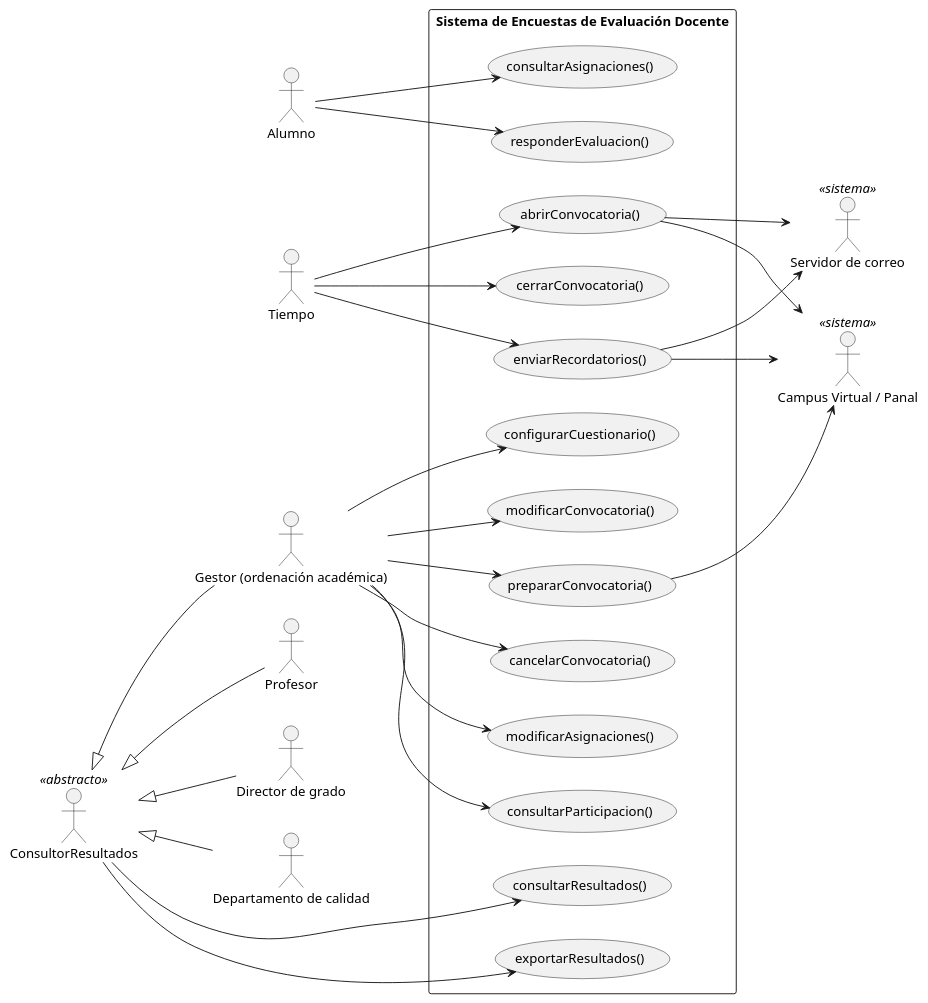
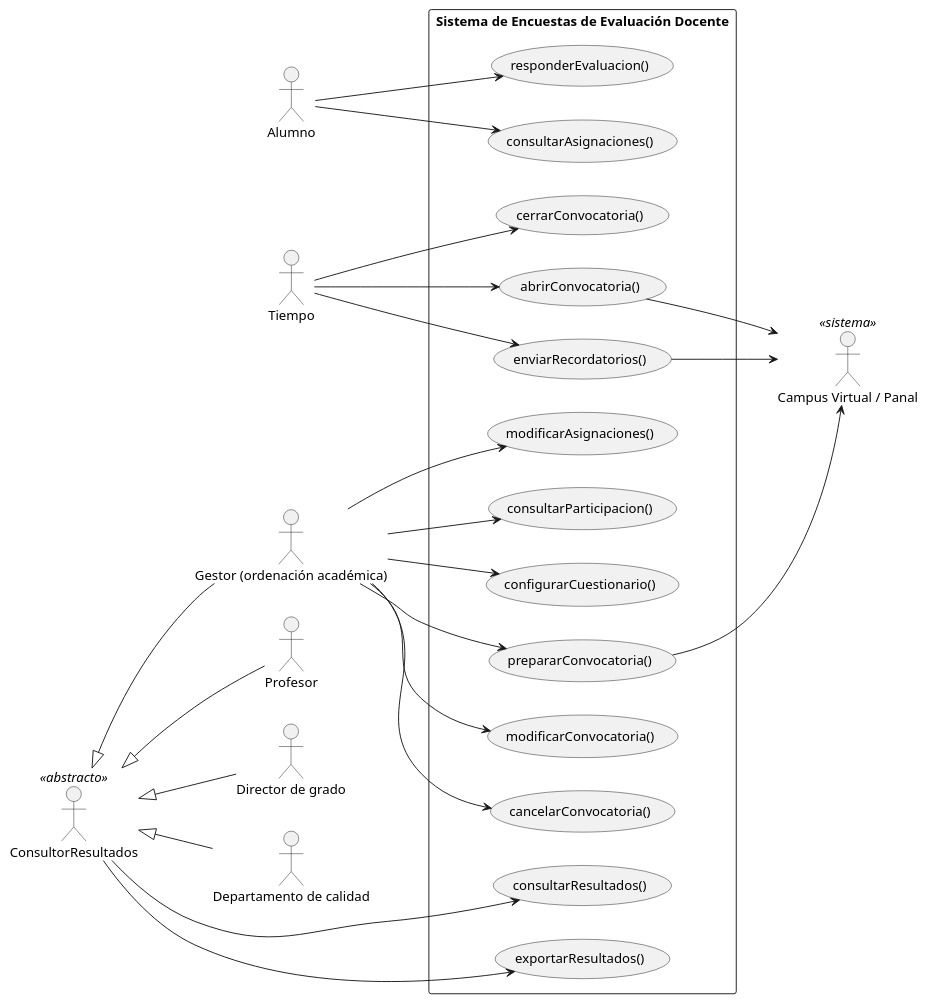
One commit to Raultascon/26-27-IdSw1-SDR changed the diagram in documentos/casos-uso/diagramas/actoresCasosUso.puml. Above: the diagram before and after it, drawn with PlantUML. The commit also changed 2 other files, not shown here.

Commit message:
refactor(cu): retira Servidor de correo como actor secundario [refs #22]
El correo se considera un canal de notificación, no un sistema externo con interacción propia. Se mantiene Campus Virtual / Panal como actor secundario.

```diff
--- a/documentos/casos-uso/diagramas/actoresCasosUso.puml
+++ b/documentos/casos-uso/diagramas/actoresCasosUso.puml
@@ -1,59 +1,56 @@
 @startuml actoresCasosUso
 left to right direction
 
 actor "Gestor (ordenación académica)" as Gestor
 actor "Alumno" as Alumno
 actor "Tiempo" as Tiempo
 
 rectangle "Sistema de Encuestas de Evaluación Docente" {
   usecase configurarCuestionario as "configurarCuestionario()"
   usecase prepararConvocatoria as "prepararConvocatoria()"
   usecase modificarConvocatoria as "modificarConvocatoria()"
   usecase cancelarConvocatoria as "cancelarConvocatoria()"
   usecase modificarAsignaciones as "modificarAsignaciones()"
   usecase consultarParticipacion as "consultarParticipacion()"
   usecase consultarAsignaciones as "consultarAsignaciones()"
   usecase responderEvaluacion as "responderEvaluacion()"
   usecase abrirConvocatoria as "abrirConvocatoria()"
   usecase enviarRecordatorios as "enviarRecordatorios()"
   usecase cerrarConvocatoria as "cerrarConvocatoria()"
   usecase consultarResultados as "consultarResultados()"
   usecase exportarResultados as "exportarResultados()"
 }
 
 actor "ConsultorResultados" as ConsultorResultados <<abstracto>>
 actor "Profesor" as Profesor
 actor "Director de grado" as DirectorGrado
 actor "Departamento de calidad" as Calidad
 
 actor "Campus Virtual / Panal" as CampusVirtual <<sistema>>
-actor "Servidor de correo" as ServidorCorreo <<sistema>>
 
 Gestor --> configurarCuestionario
 Gestor --> prepararConvocatoria
 Gestor --> modificarConvocatoria
 Gestor --> cancelarConvocatoria
 Gestor --> modificarAsignaciones
 Gestor --> consultarParticipacion
 
 Alumno --> consultarAsignaciones
 Alumno --> responderEvaluacion
 
 Tiempo --> abrirConvocatoria
 Tiempo --> enviarRecordatorios
 Tiempo --> cerrarConvocatoria
 
 consultarResultados <-- ConsultorResultados
 exportarResultados <-- ConsultorResultados
 
 ConsultorResultados <|-- Profesor
 ConsultorResultados <|-- DirectorGrado
 ConsultorResultados <|-- Calidad
 ConsultorResultados <|-- Gestor
 
 prepararConvocatoria --> CampusVirtual
 abrirConvocatoria --> CampusVirtual
-abrirConvocatoria --> ServidorCorreo
 enviarRecordatorios --> CampusVirtual
-enviarRecordatorios --> ServidorCorreo
 @enduml
```
